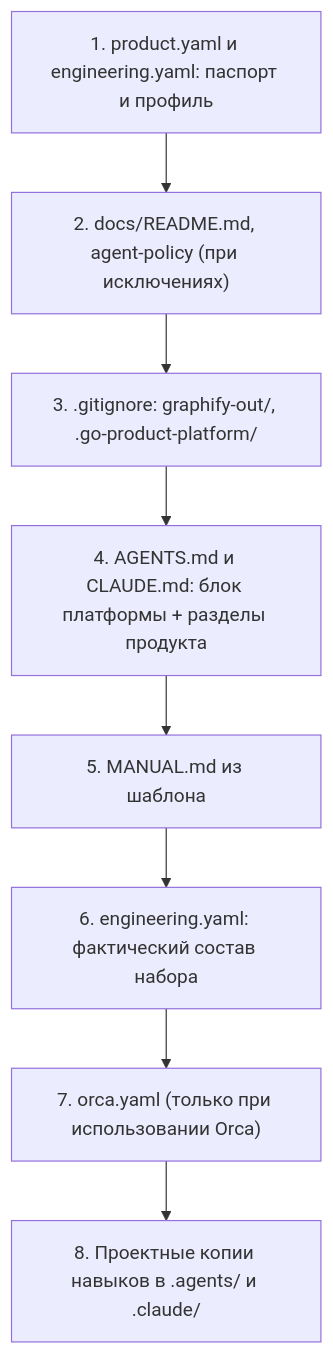
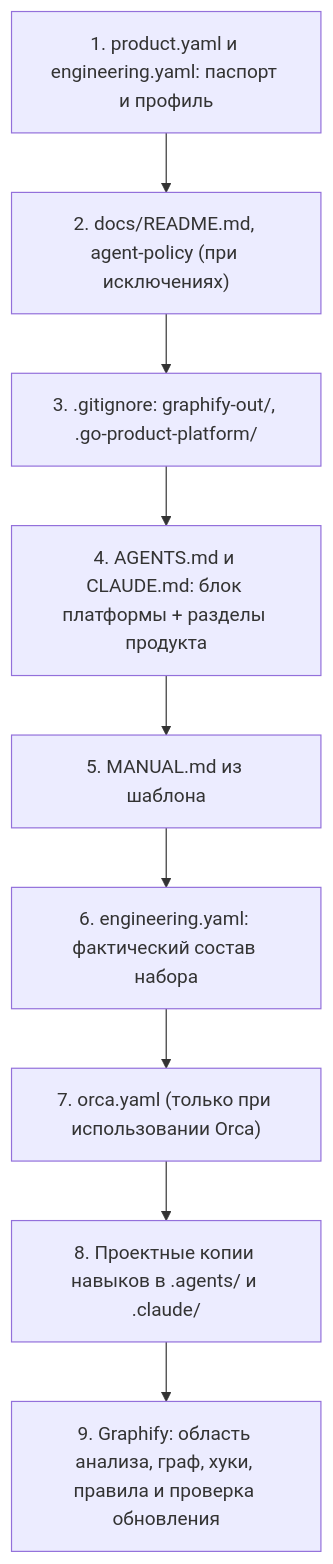
Before and after one commit to vadagama/go-product-platform: the second of 2 diagrams in platform/skills/go-platform-bootstrap/SKILL.md, drawn with Mermaid. The commit also changed other lines of this file and 12 other files, not shown here.

Commit message:
feat: require complete Graphify lifecycle for product repositories

````diff
--- a/platform/skills/go-platform-bootstrap/SKILL.md
+++ b/platform/skills/go-platform-bootstrap/SKILL.md
@@ -138,10 +138,11 @@
 ```mermaid
 flowchart TD
     S1["1. product.yaml и engineering.yaml: паспорт и профиль"] --> S2["2. docs/README.md, agent-policy (при исключениях)"]
     S2 --> S3["3. .gitignore: graphify-out/, .go-product-platform/"]
     S3 --> S4["4. AGENTS.md и CLAUDE.md: блок платформы + разделы продукта"]
     S4 --> S5["5. MANUAL.md из шаблона"]
     S5 --> S6["6. engineering.yaml: фактический состав набора"]
     S6 --> S7["7. orca.yaml (только при использовании Orca)"]
     S7 --> S8["8. Проектные копии навыков в .agents/ и .claude/"]
+    S8 --> S9["9. Graphify: область анализа, граф, хуки, правила и проверка обновления"]
 ```
````
